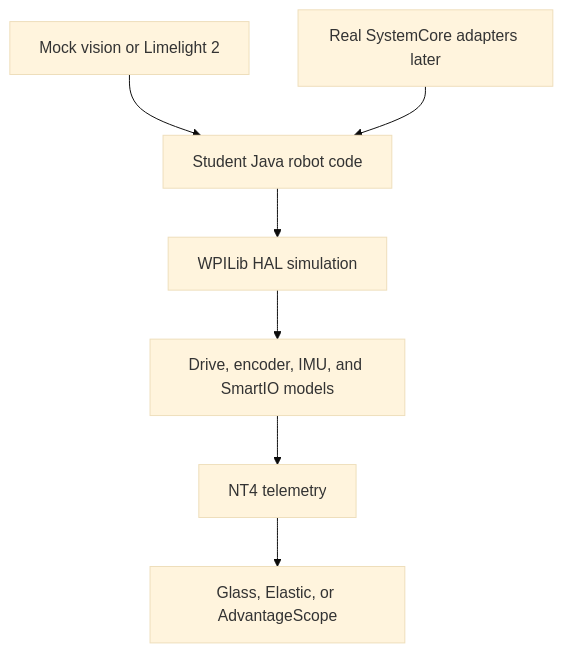
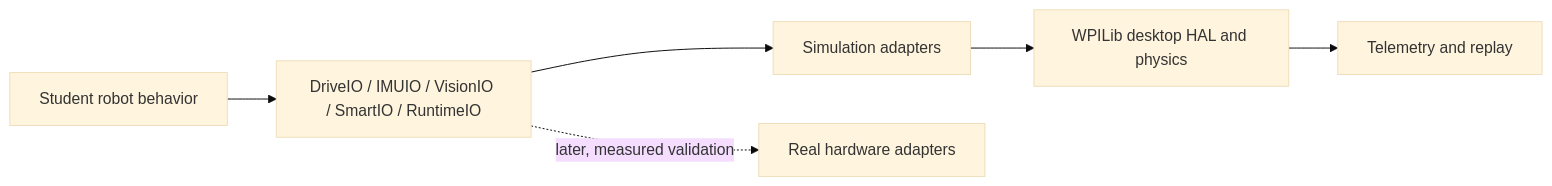
One commit to Gh0stlyKn1ght/systemcore-sim changed the diagram in docs/ARCHITECTURE.md. Above: the diagram before and after it, drawn with Mermaid (base theme). The commit also changed other lines of this file and 16 other files, not shown here.

````diff
--- a/docs/ARCHITECTURE.md
+++ b/docs/ARCHITECTURE.md
@@ -3,9 +7,8 @@
 ```mermaid
-flowchart TD
-    A["Student Java robot code"] --> B["WPILib HAL simulation"]
-    B --> C["Drive, encoder, IMU, and SmartIO models"]
-    C --> D["NT4 telemetry"]
-    D --> E["Glass, Elastic, or AdvantageScope"]
-    F["Mock vision or Limelight 2"] --> A
-    G["Real SystemCore adapters later"] --> A
+flowchart LR
+    A["Student robot behavior"] --> B["DriveIO / IMUIO / VisionIO / SmartIO / RuntimeIO"]
+    B --> C["Simulation adapters"]
+    C --> D["WPILib desktop HAL and physics"]
+    D --> E["Telemetry and replay"]
+    B -. "later, measured validation" .-> F["Real hardware adapters"]
 ```
````
